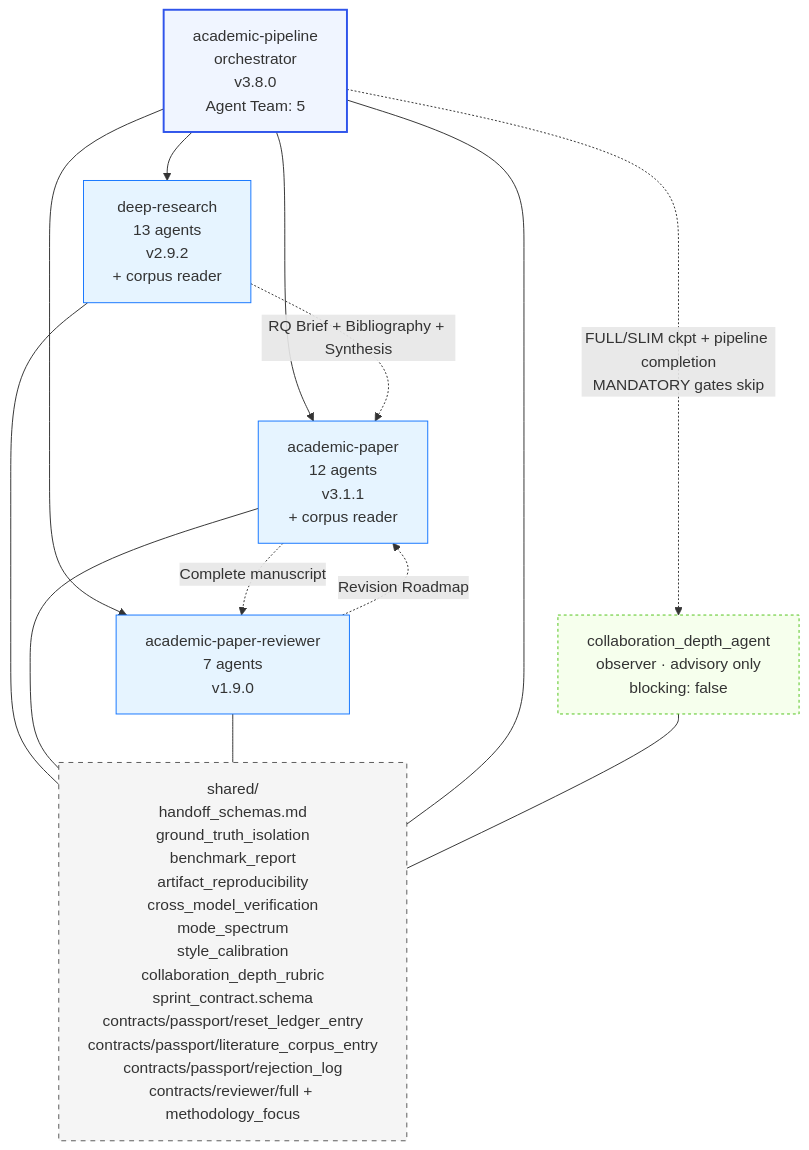
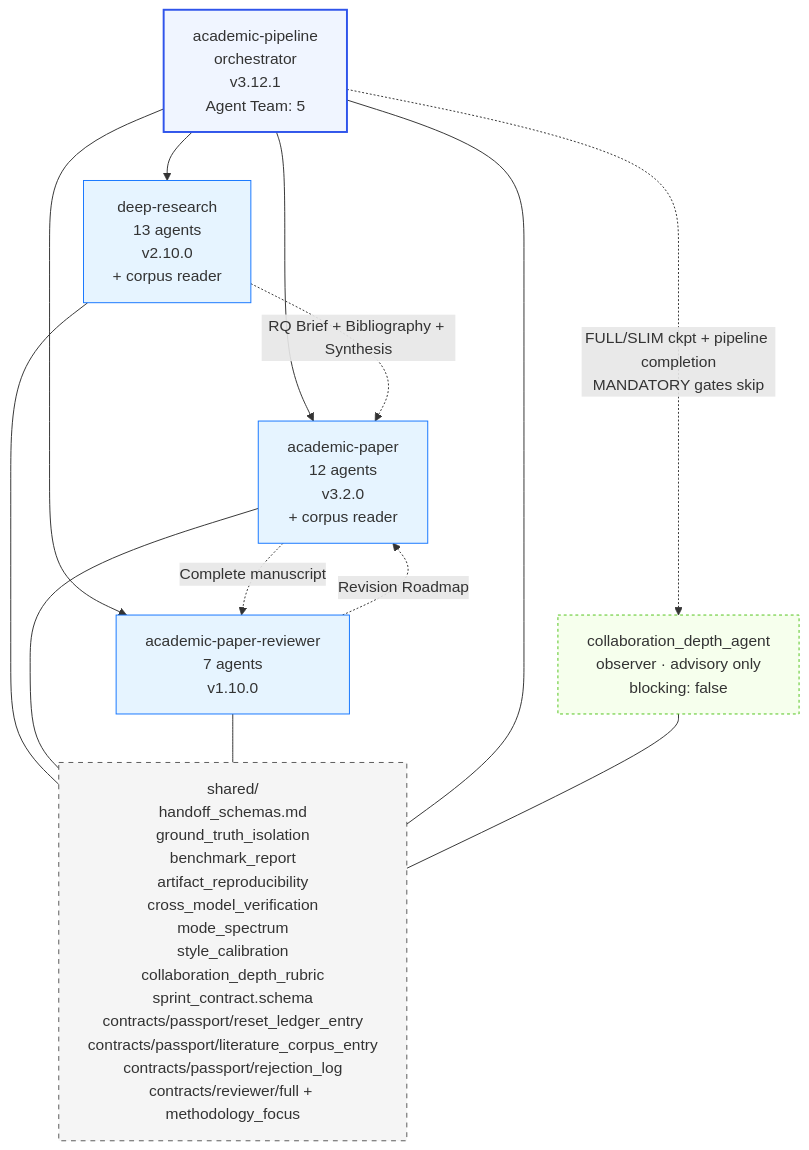
Before and after one commit to ctfysh/ars-opencode: the fourth of 5 diagrams in docs/ARCHITECTURE.md, drawn with Mermaid. The commit also changed other lines of this file and 403 other files, not shown here.

````diff
--- a/docs/ARCHITECTURE.md
+++ b/docs/ARCHITECTURE.md
@@ -201,31 +201,31 @@
 ```mermaid
 graph TD
-    Pipeline[academic-pipeline<br/>orchestrator<br/>v3.8.0<br/>Agent Team: 5]
+    Pipeline[academic-pipeline<br/>orchestrator<br/>v3.12.1<br/>Agent Team: 5]
     Observer[collaboration_depth_agent<br/>observer · advisory only<br/>blocking: false]
-    DR[deep-research<br/>13 agents<br/>v2.9.2<br/>+ corpus reader]
-    AP[academic-paper<br/>12 agents<br/>v3.1.1<br/>+ corpus reader]
-    APR[academic-paper-reviewer<br/>7 agents<br/>v1.9.0]
+    DR[deep-research<br/>13 agents<br/>v2.10.0<br/>+ corpus reader]
+    AP[academic-paper<br/>12 agents<br/>v3.2.0<br/>+ corpus reader]
+    APR[academic-paper-reviewer<br/>7 agents<br/>v1.10.0]
     Shared[shared/<br/>handoff_schemas.md<br/>ground_truth_isolation<br/>benchmark_report<br/>artifact_reproducibility<br/>cross_model_verification<br/>mode_spectrum<br/>style_calibration<br/>collaboration_depth_rubric<br/>sprint_contract.schema<br/>contracts/passport/reset_ledger_entry<br/>contracts/passport/literature_corpus_entry<br/>contracts/passport/rejection_log<br/>contracts/reviewer/full + methodology_focus]
 
     Pipeline --> DR
     Pipeline --> AP
     Pipeline --> APR
     Pipeline -. "FULL/SLIM ckpt + pipeline completion<br/>MANDATORY gates skip" .-> Observer
     DR -. "RQ Brief + Bibliography + Synthesis" .-> AP
     AP -. "Complete manuscript" .-> APR
     APR -. "Revision Roadmap" .-> AP
     DR --- Shared
     AP --- Shared
     APR --- Shared
     Pipeline --- Shared
     Observer --- Shared
 
     classDef orch fill:#f0f5ff,stroke:#2f54eb,stroke-width:2px
     classDef skill fill:#e6f4ff,stroke:#1677ff
     classDef shared fill:#f5f5f5,stroke:#595959,stroke-dasharray:5 5
     classDef observer fill:#f6ffed,stroke:#52c41a,stroke-dasharray:3 3
     class Pipeline orch
     class DR,AP,APR skill
     class Shared shared
     class Observer observer
 ```
````
